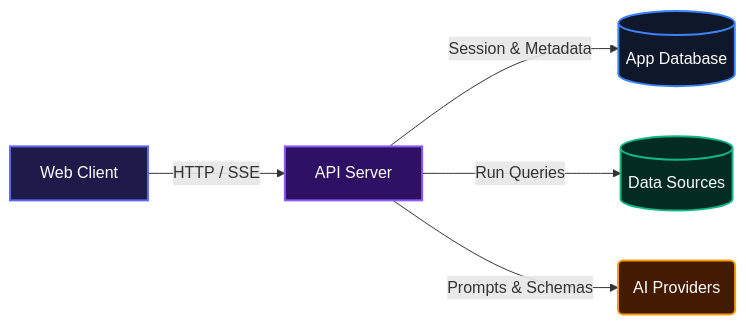
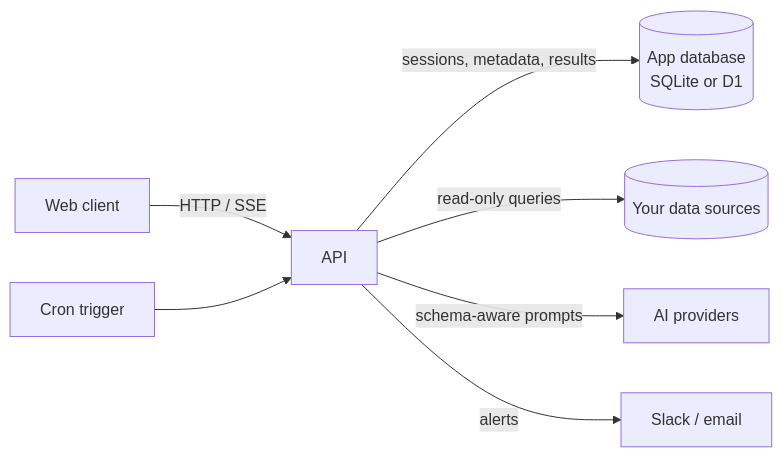
Before and after one commit to Mbazu-Daniel/Heptadec: the diagram in README.md, drawn with Mermaid. The commit also changed other lines of this file, not shown here.

````diff
--- a/README.md
+++ b/README.md
@@ -11,19 +7,9 @@
 ```mermaid
 flowchart LR
-  WebClient["Web Client"]
-  APIServer["API Server"]
-  AppDB[("App Database")]
-  DataSources[("Data Sources")]
-  AIProvider("AI Providers")
-
-  WebClient -- "HTTP / SSE" --> APIServer
-  APIServer -- "Session & Metadata" --> AppDB
-  APIServer -- "Run Queries" --> DataSources
-  APIServer -- "Prompts & Schemas" --> AIProvider
-
-  style WebClient fill:#1e1b4b,stroke:#6366f1,stroke-width:2px,color:#fff
-  style APIServer fill:#2e1065,stroke:#8b5cf6,stroke-width:2px,color:#fff
-  style AppDB fill:#0f172a,stroke:#3b82f6,stroke-width:2px,color:#fff
-  style DataSources fill:#022c22,stroke:#10b981,stroke-width:2px,color:#fff
-  style AIProvider fill:#451a03,stroke:#f59e0b,stroke-width:2px,color:#fff
+  Web["Web client"] -- "HTTP / SSE" --> API["API"]
+  API -- "sessions, metadata, results" --> AppDB[("App database<br/>SQLite or D1")]
+  API -- "read-only queries" --> Sources[("Your data sources")]
+  API -- "schema-aware prompts" --> AI["AI providers"]
+  Cron["Cron trigger"] --> API
+  API -- "alerts" --> Channels["Slack / email"]
 ```
````
